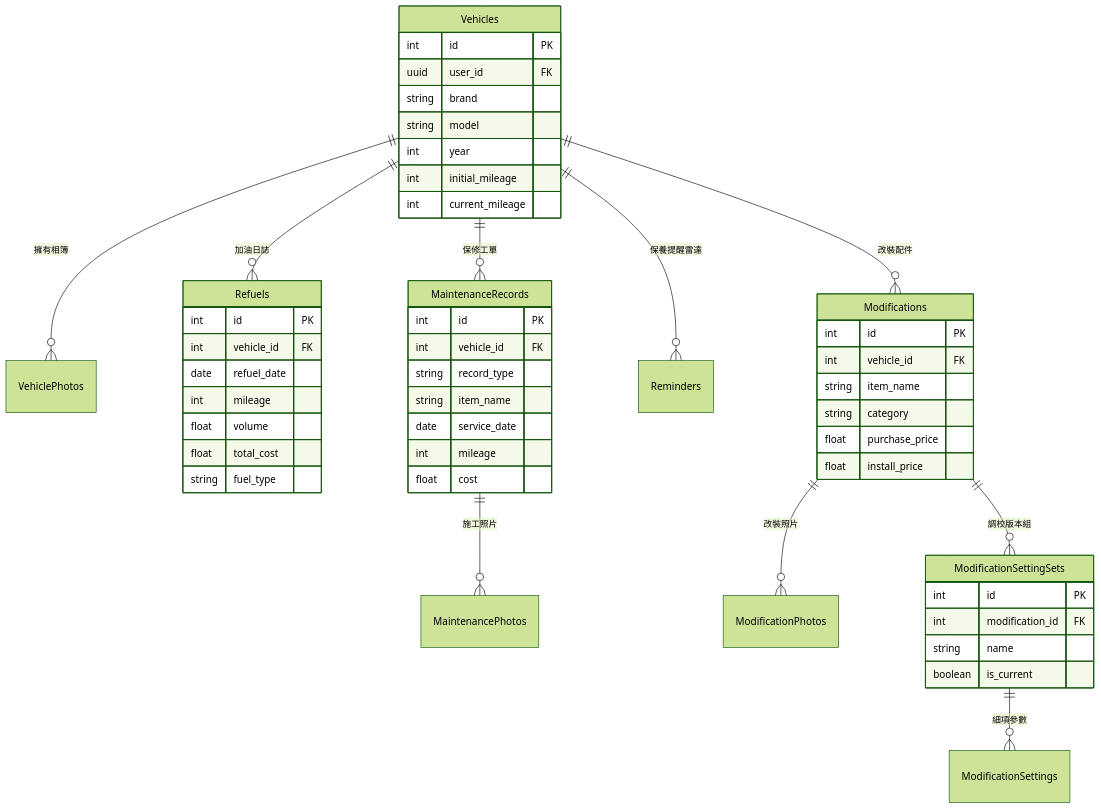
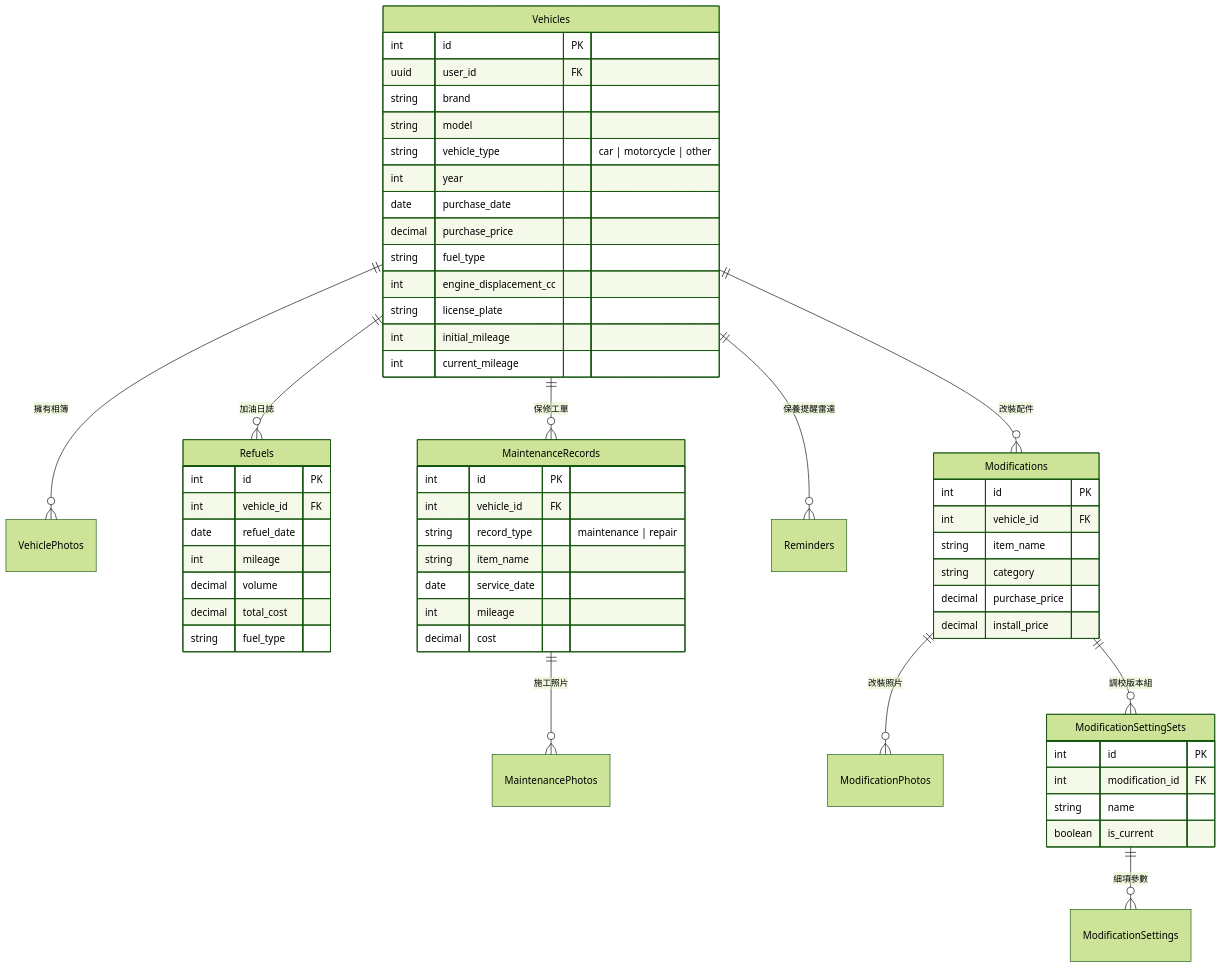
Before and after one commit to vulcan1202/Digital-Garage: the diagram in README.md, drawn with Mermaid (forest theme). The commit also changed other lines of this file, not shown here.

Commit message:
docs: enrich README with vehicle lifecycle, error contracts, and complete API spec

````diff
--- a/README.md
+++ b/README.md
@@ -235,58 +276,64 @@
 ```mermaid
 erDiagram
     Vehicles ||--o{ VehiclePhotos : "擁有相簿"
     Vehicles ||--o{ Refuels : "加油日誌"
     Vehicles ||--o{ MaintenanceRecords : "保修工單"
     Vehicles ||--o{ Reminders : "保養提醒雷達"
     Vehicles ||--o{ Modifications : "改裝配件"
     MaintenanceRecords ||--o{ MaintenancePhotos : "施工照片"
     Modifications ||--o{ ModificationPhotos : "改裝照片"
     Modifications ||--o{ ModificationSettingSets : "調校版本組"
     ModificationSettingSets ||--o{ ModificationSettings : "細項參數"
 
     Vehicles {
         int id PK
         uuid user_id FK
         string brand
         string model
+        string vehicle_type "car | motorcycle | other"
         int year
+        date purchase_date
+        decimal purchase_price
+        string fuel_type
+        int engine_displacement_cc
+        string license_plate
         int initial_mileage
         int current_mileage
     }
 
     Refuels {
         int id PK
         int vehicle_id FK
         date refuel_date
         int mileage
-        float volume
-        float total_cost
+        decimal volume
+        decimal total_cost
         string fuel_type
     }
 
     MaintenanceRecords {
         int id PK
         int vehicle_id FK
-        string record_type
+        string record_type "maintenance | repair"
         string item_name
         date service_date
         int mileage
-        float cost
+        decimal cost
     }
 
     Modifications {
         int id PK
         int vehicle_id FK
         string item_name
         string category
-        float purchase_price
-        float install_price
+        decimal purchase_price
+        decimal install_price
     }
 
     ModificationSettingSets {
         int id PK
         int modification_id FK
         string name
         boolean is_current
     }
 ```
````
